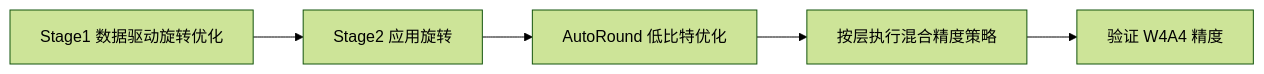
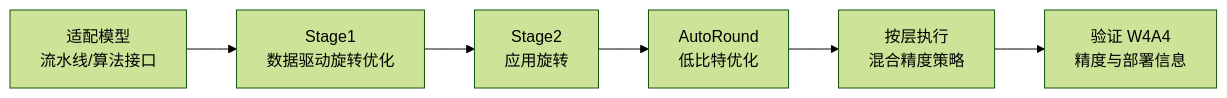
The diagram in msmodelslim/docs/zh/knowledge_base/quantization_algorithms/laos/usage_laos.md (mindstudio-docs/master), drawn with Mermaid (forest theme) before and after one commit. The commit also changed other lines of this file and 235 other files, not shown here.

````diff
--- a/msmodelslim/docs/zh/knowledge_base/quantization_algorithms/laos/usage_laos.md
+++ b/msmodelslim/docs/zh/knowledge_base/quantization_algorithms/laos/usage_laos.md
@@ -24,7 +28,8 @@
 ```mermaid
 flowchart LR
-    A[Stage1 数据驱动旋转优化] --> B[Stage2 应用旋转]
-    B[Stage2 应用旋转] --> C[AutoRound 低比特优化]
-    C[AutoRound 低比特优化] --> D[按层执行混合精度策略]
-    D[按层执行混合精度策略] --> E[验证 W4A4 精度]
+    A[适配模型<br/>流水线/算法接口] --> B[Stage1<br/>数据驱动旋转优化]
+    B --> C[Stage2<br/>应用旋转]
+    C --> D[AutoRound<br/>低比特优化]
+    D --> E[按层执行<br/>混合精度策略]
+    E --> F[验证 W4A4<br/>精度与部署信息]
 ```
````
